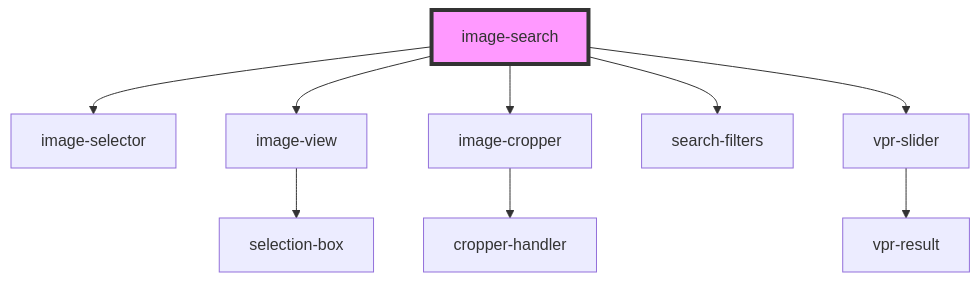
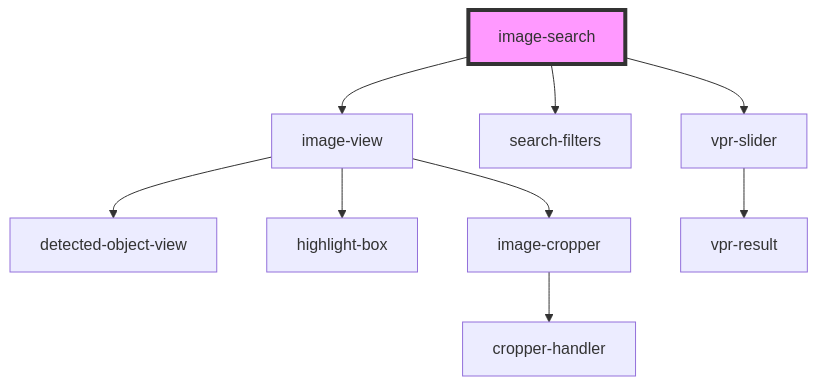
The diagram in src/components/image-search/readme.md (vviinn/widgets), drawn with Mermaid before and after one commit. The commit also changed other lines of this file and 25 other files, not shown here.

````diff
--- a/src/components/image-search/readme.md
+++ b/src/components/image-search/readme.md
@@ -33,12 +46,12 @@
 ```mermaid
 graph TD;
-  image-search --> image-selector
   image-search --> image-view
-  image-search --> image-cropper
   image-search --> search-filters
   image-search --> vpr-slider
-  image-view --> selection-box
+  image-view --> detected-object-view
+  image-view --> highlight-box
+  image-view --> image-cropper
   image-cropper --> cropper-handler
   vpr-slider --> vpr-result
   style image-search fill:#f9f,stroke:#333,stroke-width:4px
 ```
````
